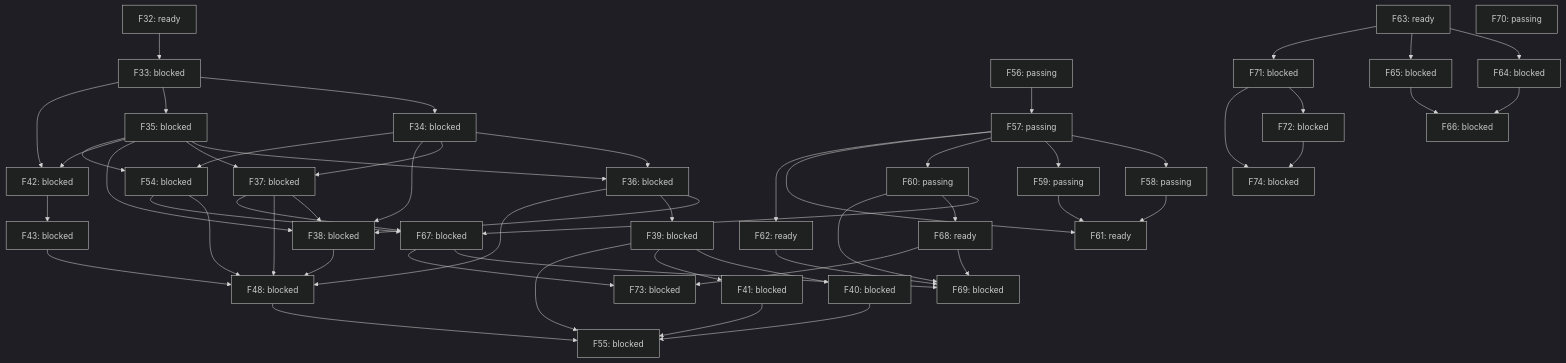
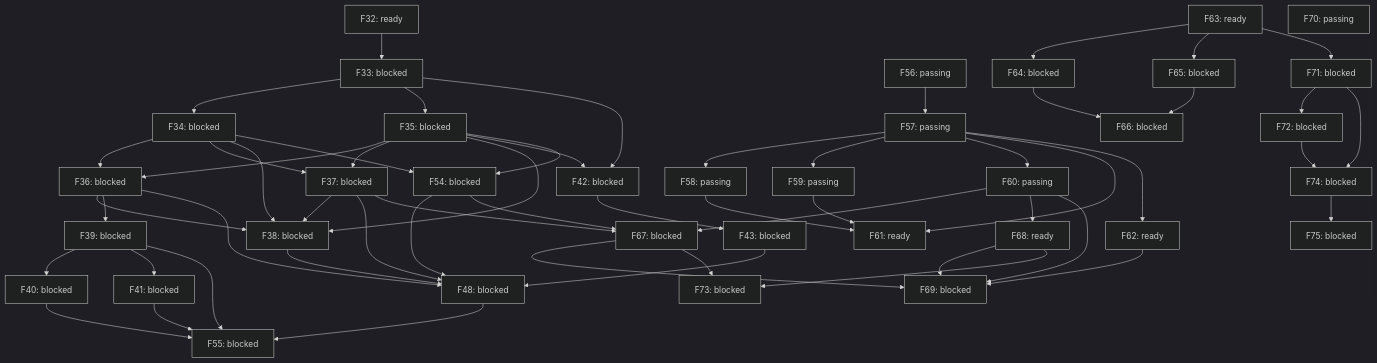
The diagram in docs/roadmap-graph.md (alex-nax/rengine), drawn with Mermaid (dark theme) before and after one commit. The commit also changed other lines of this file and 2 other files, not shown here.

Commit message:
spec: contract 4 devices — declare where each target runs
Contracts 1-3 gate a remote target on tools: ["adb"] / ["ssh"], which asks
whether a binary is on this machine's PATH, not whether the device is there.
Measured in nolf-improved: 8 of 14 dashboard actions are device actions and
all 8 report available: true with nothing attached. The sharper end of the
same defect is vtmb-vr's game_preflight answering "Game executable not found"
for a target that is condition = "windows" and can never be built here.

Spec 081 adds an optional devices array and a device on a game record and a
dashboard action, behind a contract bump so an older reader rejects it by
version. The rule that matters: a non-local target is never resolved or
stat-ed against the local filesystem. Remote launching stays out of scope.

Claude-Session: https://claude.ai/code/session_012yzAPb3xzu3Xq5nGSoJRra

````diff
--- a/docs/roadmap-graph.md
+++ b/docs/roadmap-graph.md
@@ -94,4 +94,6 @@
   F74["F74: blocked"]
   F71 --> F74
   F72 --> F74
+  F75["F75: blocked"]
+  F74 --> F75
 ```
````
